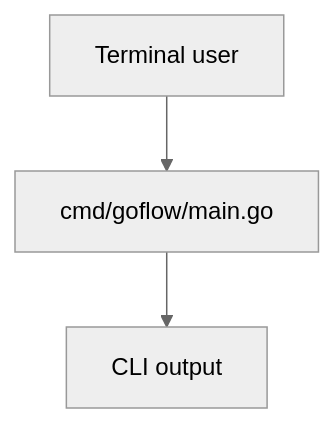
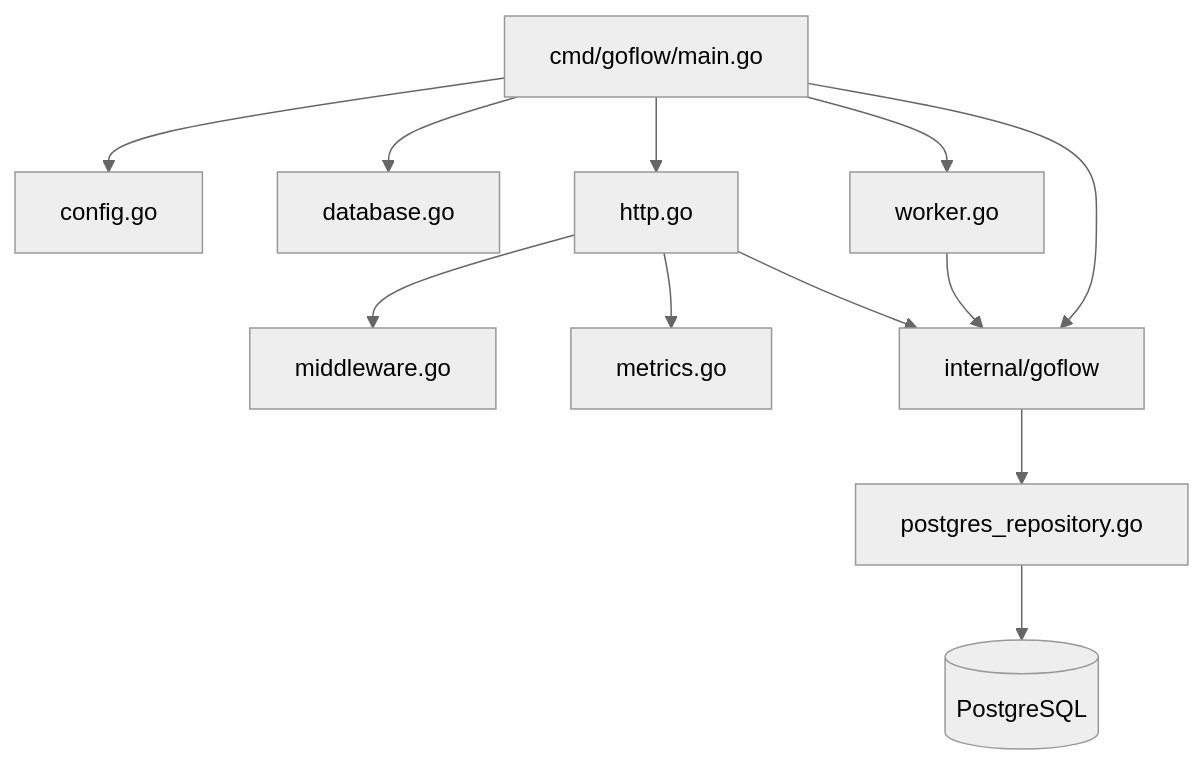
The second of 20 diagrams in docs/design.md (Kaushik-2005/GoFlow), drawn with Mermaid (neutral theme) before and after one commit. The commit also changed other lines of this file, not shown here.

````diff
--- a/docs/design.md
+++ b/docs/design.md
@@ -46,5 +57,14 @@
 ```mermaid
 flowchart TD
-    User[Terminal user] --> Main[cmd/goflow/main.go]
-    Main --> Output[CLI output]
+    Main[cmd/goflow/main.go] --> Config[config.go]
+    Main --> DBSetup[database.go]
+    Main --> HTTP[http.go]
+    Main --> Worker[worker.go]
+    HTTP --> Middleware[middleware.go]
+    HTTP --> Metrics[metrics.go]
+    Main --> Core[internal/goflow]
+    HTTP --> Core
+    Worker --> Core
+    Core --> Repo[postgres_repository.go]
+    Repo --> DB[(PostgreSQL)]
 ```
````
